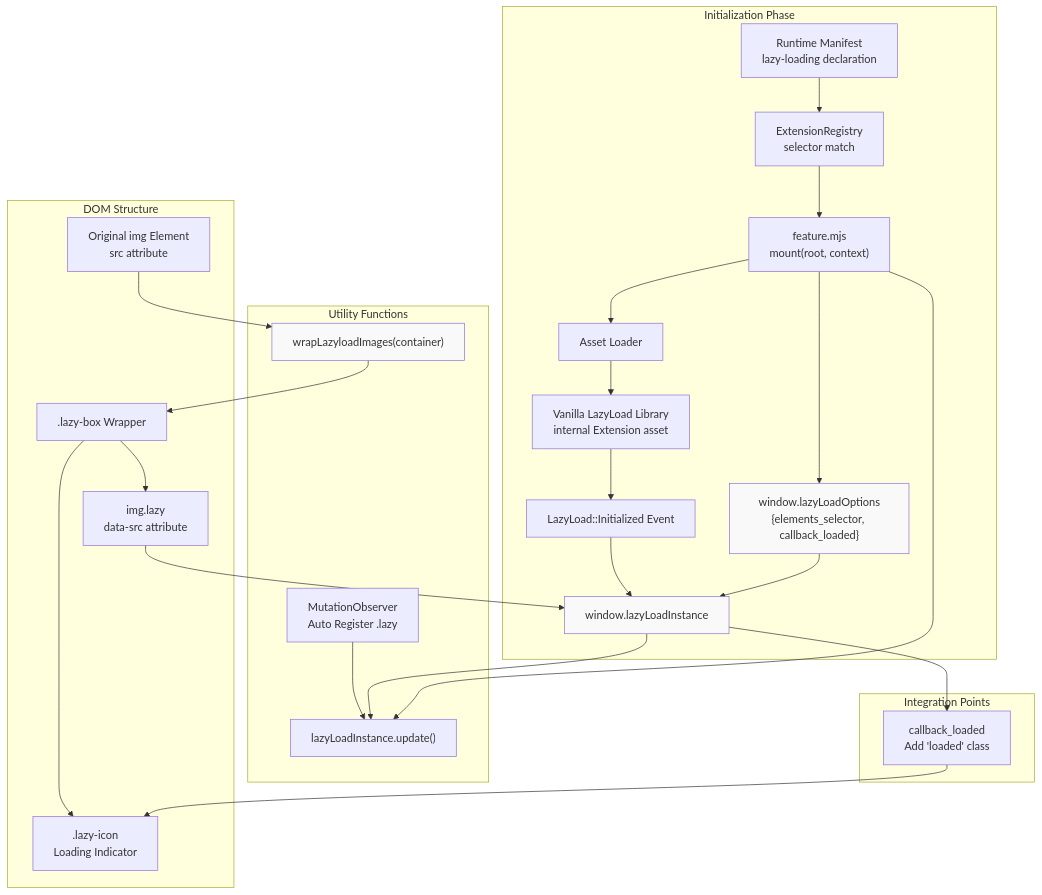
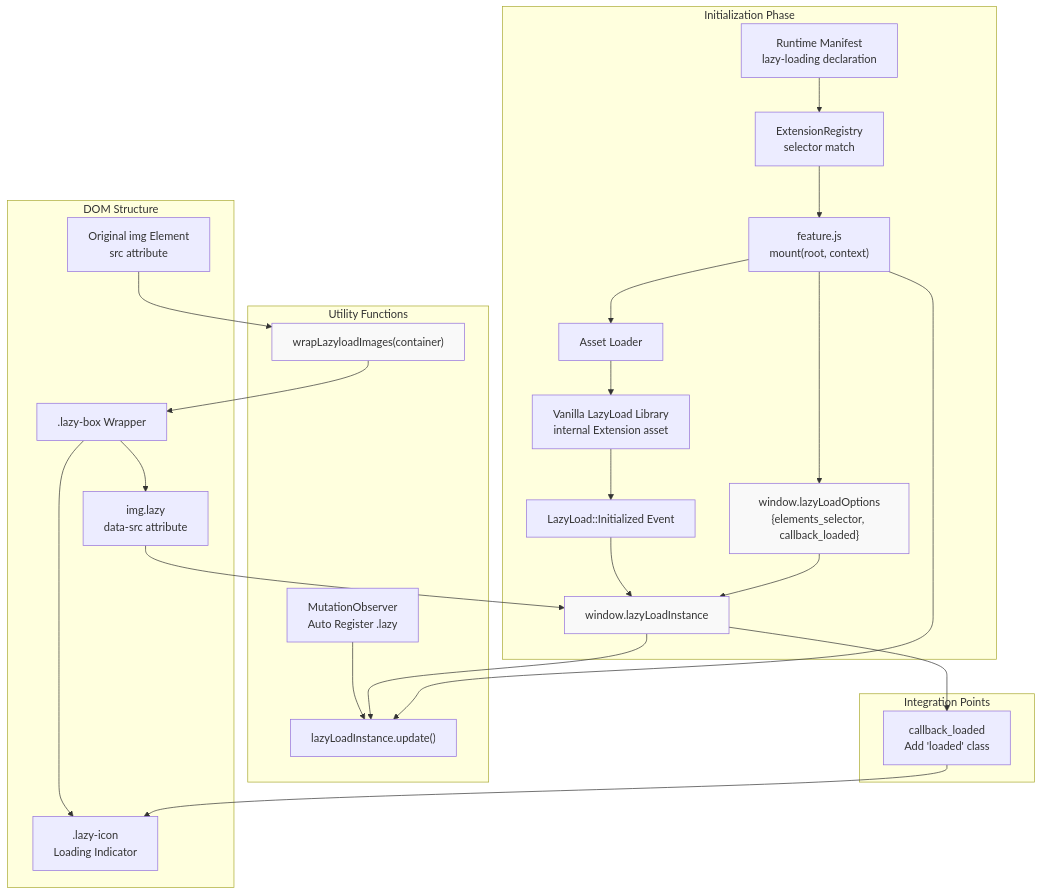
One commit to xaoxuu/hexo-theme-stellar changed the first of 4 diagrams in docs/knowledge/07-外部集成/lazy-loading-images.md. Above: the diagram before and after it, drawn with Mermaid. The commit also changed other lines of this file and 43 other files, not shown here.

````diff
--- a/docs/knowledge/07-外部集成/lazy-loading-images.md
+++ b/docs/knowledge/07-外部集成/lazy-loading-images.md
@@ -52,57 +52,57 @@
 ```mermaid
 graph TB
     subgraph "Initialization Phase"
         MANIFEST["Runtime Manifest<br/>lazy-loading declaration"]
         REGISTRY["ExtensionRegistry<br/>selector match"]
-        MOUNT["feature.mjs<br/>mount(root, context)"]
+        MOUNT["feature.js<br/>mount(root, context)"]
         SCRIPT["Asset Loader"]
         CDN["Vanilla LazyLoad Library<br/>internal Extension asset"]
         OPTIONS["window.lazyLoadOptions<br/>{elements_selector, callback_loaded}"]
         EVENT["LazyLoad::Initialized Event"]
         INSTANCE["window.lazyLoadInstance"]
     end
     
     subgraph "DOM Structure"
         IMG["Original img Element<br/>src attribute"]
         LAZYBOX[".lazy-box Wrapper"]
         LAZYIMG["img.lazy<br/>data-src attribute"]
         LAZYICON[".lazy-icon<br/>Loading Indicator"]
     end
     
     subgraph "Utility Functions"
         WRAP["wrapLazyloadImages(container)"]
         MUTATION["MutationObserver<br/>Auto Register .lazy"]
         UPDATE["lazyLoadInstance.update()"]
     end
     
     subgraph "Integration Points"
         CALLBACK["callback_loaded<br/>Add 'loaded' class"]
     end
     
     MANIFEST --> REGISTRY
     REGISTRY --> MOUNT
     MOUNT --> SCRIPT
     MOUNT --> OPTIONS
     SCRIPT --> CDN
     CDN --> EVENT
     EVENT --> INSTANCE
     
     IMG --> WRAP
     WRAP --> LAZYBOX
     LAZYBOX --> LAZYIMG
     LAZYBOX --> LAZYICON
     MUTATION --> UPDATE
     
     OPTIONS --> INSTANCE
     INSTANCE --> UPDATE
     
     MOUNT --> UPDATE
     
     LAZYIMG --> INSTANCE
     INSTANCE --> CALLBACK
     CALLBACK --> LAZYICON
     
     style INSTANCE fill:#f9f9f9
     style WRAP fill:#f9f9f9
     style OPTIONS fill:#f9f9f9
 ```
````
